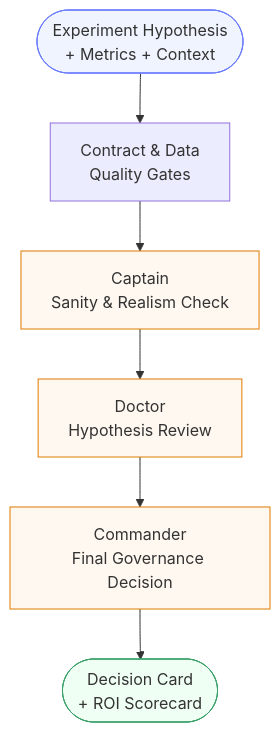
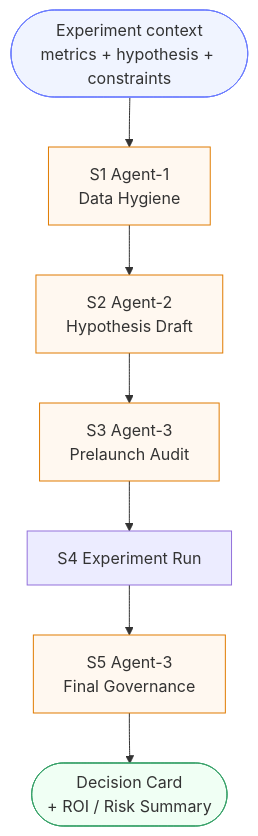
Before and after one commit to SA-Guliy/DecisionGuard: the diagram in README.md, drawn with Mermaid. The commit also changed other lines of this file and 1 other file, not shown here.

Commit message:
docs: update public-safe English README and agent evaluation

````diff
--- a/README.md
+++ b/README.md
@@ -65,14 +120,16 @@
 ```mermaid
 flowchart TD
-    A([Experiment Hypothesis<br/>+ Metrics + Context]) --> B[Contract & Data<br/>Quality Gates]
-    B --> C[Captain<br/>Sanity & Realism Check]
-    C --> D[Doctor<br/>Hypothesis Review]
-    D --> E[Commander<br/>Final Governance Decision]
-    E --> F([Decision Card<br/>+ ROI Scorecard])
+    A([Experiment context<br/>metrics + hypothesis + constraints]) --> B[S1 Agent-1<br/>Data Hygiene]
+    B --> C[S2 Agent-2<br/>Hypothesis Draft]
+    C --> D[S3 Agent-3<br/>Prelaunch Audit]
+    D --> E[S4 Experiment Run]
+    E --> F[S5 Agent-3<br/>Final Governance]
+    F --> G([Decision Card<br/>+ ROI / Risk Summary])
 
     style A fill:#f0f4ff,stroke:#6b7cff
-    style F fill:#f0fff4,stroke:#38a169
+    style G fill:#f0fff4,stroke:#38a169
+    style B fill:#fff8f0,stroke:#e07b00
     style C fill:#fff8f0,stroke:#e07b00
     style D fill:#fff8f0,stroke:#e07b00
-    style E fill:#fff8f0,stroke:#e07b00
+    style F fill:#fff8f0,stroke:#e07b00
 ```
````
